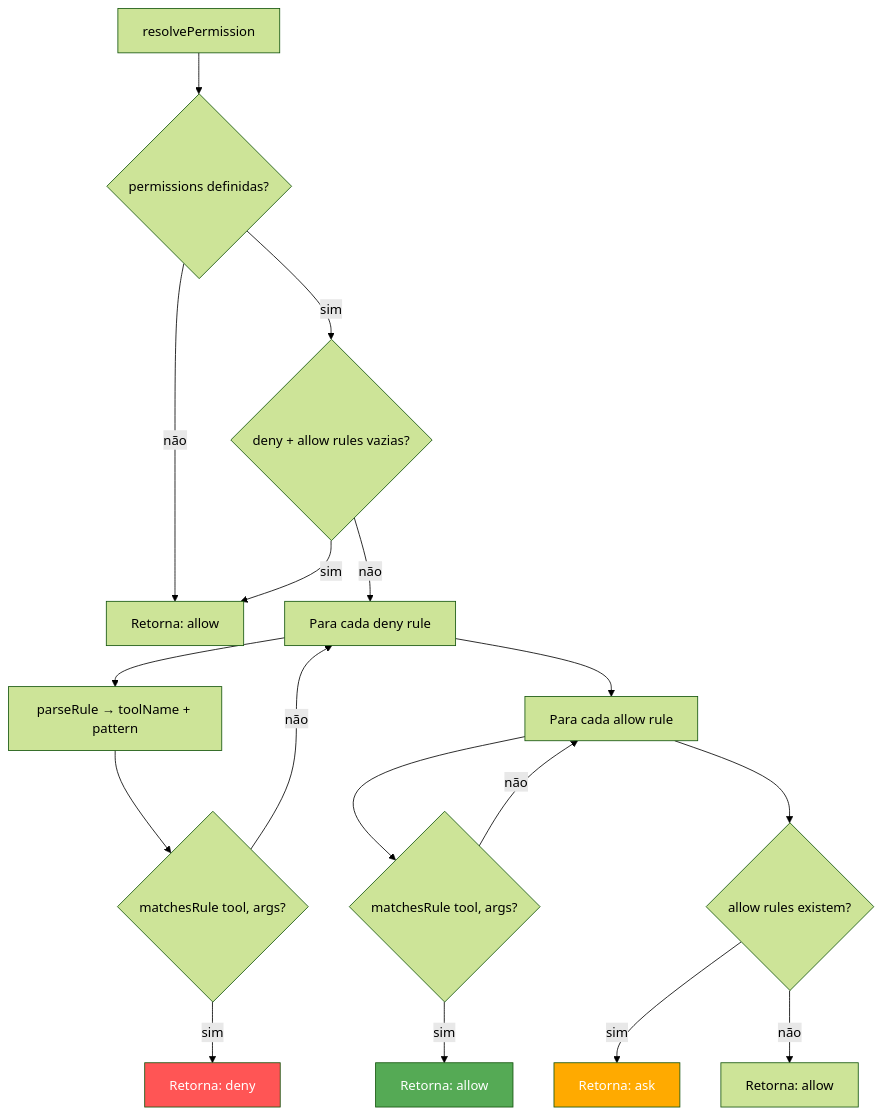
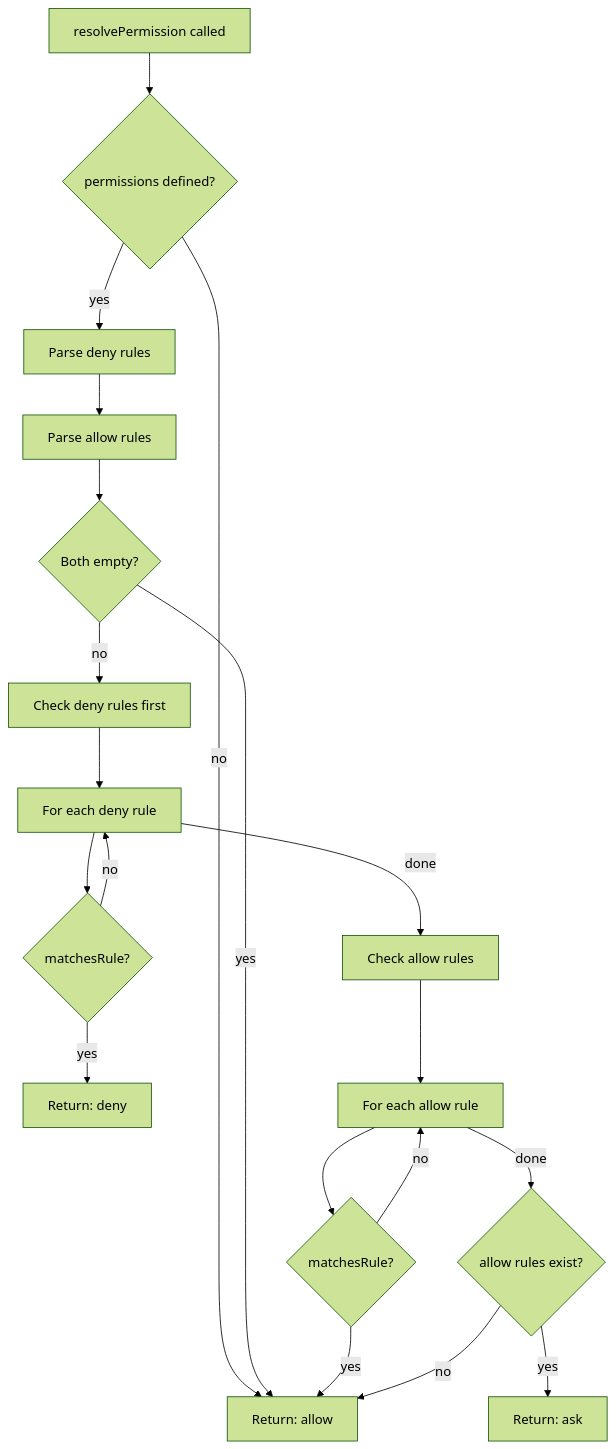
The first of 4 diagrams in _reversa_sdd/flowcharts/permissions.md (Hermenics/deepseek-code), drawn with Mermaid (forest theme) before and after one commit. The commit also changed other lines of this file and 75 other files, not shown here.

First line of the commit message:
docs(sdd): translate ADRs and architecture docs to English, reorganize proxy module

````diff
--- a/_reversa_sdd/flowcharts/permissions.md
+++ b/_reversa_sdd/flowcharts/permissions.md
@@ -5,23 +8,24 @@
 ```mermaid
 flowchart TD
-    A[resolvePermission] --> B{permissions definidas?}
-    B -->|não| C[Retorna: allow]
-    B -->|sim| D{deny + allow rules vazias?}
-    D -->|sim| C
-    D -->|não| E[Para cada deny rule]
-    E --> F[parseRule → toolName + pattern]
-    F --> G{matchesRule tool, args?}
-    G -->|sim| H[Retorna: deny]
-    G -->|não| E
-    E --> I[Para cada allow rule]
-    I --> J{matchesRule tool, args?}
-    J -->|sim| K[Retorna: allow]
-    J -->|não| I
-    I --> L{allow rules existem?}
-    L -->|sim| M[Retorna: ask]
-    L -->|não| N[Retorna: allow]
-
-    style H fill:#f55,color:#fff
-    style K fill:#5a5,color:#fff
-    style M fill:#fa0,color:#fff
+    A[resolvePermission called] --> B{permissions defined?}
+    B -->|no| C[Return: allow]
+    B -->|yes| D[Parse deny rules]
+    D --> E[Parse allow rules]
+    E --> F{Both empty?}
+    F -->|yes| C
+    F -->|no| G[Check deny rules first]
+    
+    G --> H[For each deny rule]
+    H --> I{matchesRule?}
+    I -->|yes| J[Return: deny]
+    I -->|no| H
+    H -->|done| K[Check allow rules]
+    
+    K --> L[For each allow rule]
+    L --> M{matchesRule?}
+    M -->|yes| C
+    M -->|no| L
+    L -->|done| N{allow rules exist?}
+    N -->|yes| O[Return: ask]
+    N -->|no| C
 ```
````
